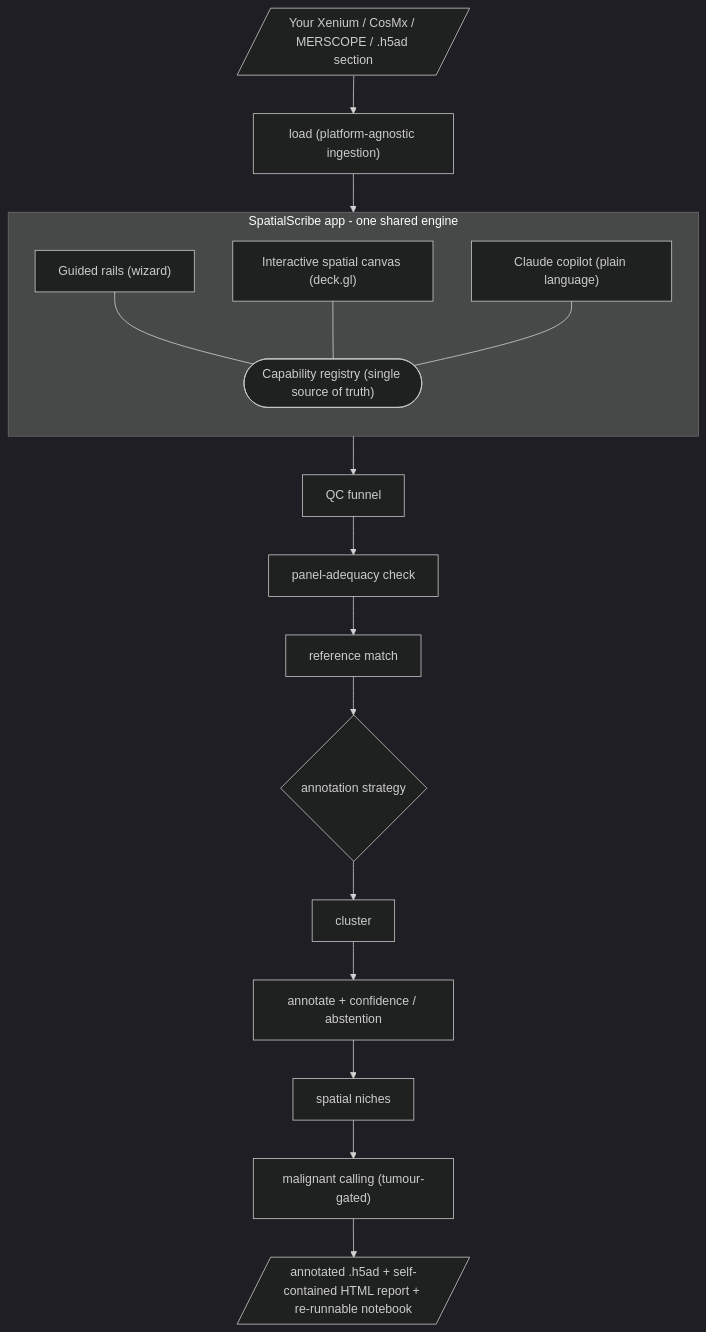
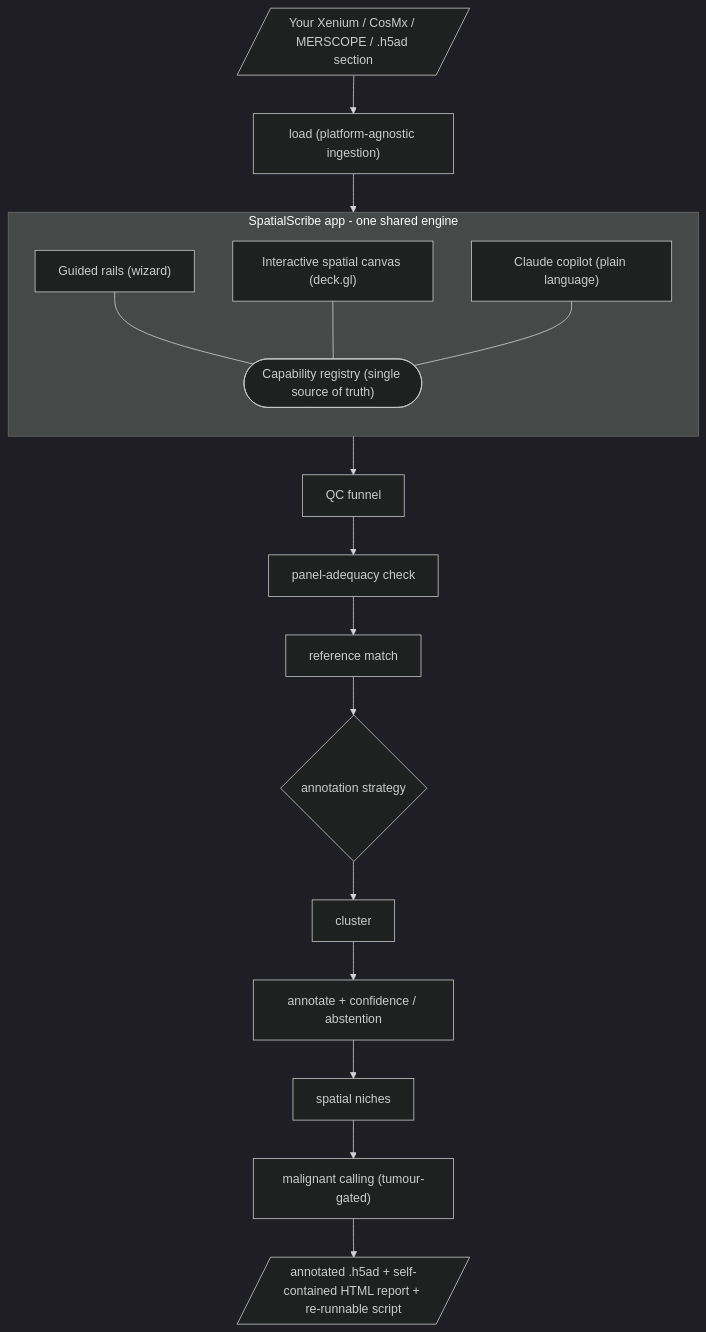
Before and after one commit to p-gueguen/spatial-scribe: the first of 2 diagrams in README.md, drawn with Mermaid (dark theme). The commit also changed other lines of this file and 19 other files, not shown here.

````diff
--- a/README.md
+++ b/README.md
@@ -104,19 +104,19 @@
 ```mermaid
 flowchart TD
     D[/"Your Xenium / CosMx / MERSCOPE / .h5ad section"/] --> LOAD["load (platform-agnostic ingestion)"]
     LOAD --> APP
 
     subgraph APP["SpatialScribe app - one shared engine"]
       direction TB
       RAILS["Guided rails (wizard)"]
       CANVAS["Interactive spatial canvas (deck.gl)"]
       COPILOT["Claude copilot (plain language)"]
       RAILS --- REG(["Capability registry (single source of truth)"])
       CANVAS --- REG
       COPILOT --- REG
     end
 
     REG --> QC["QC funnel"] --> PANEL["panel-adequacy check"] --> REFM["reference match"] --> GATE{"annotation strategy"}
     GATE --> CLUSTER["cluster"] --> ANNOT["annotate + confidence / abstention"] --> NICHE["spatial niches"] --> MAL["malignant calling (tumour-gated)"]
-    MAL --> OUT[/"annotated .h5ad + self-contained HTML report + re-runnable notebook"/]
+    MAL --> OUT[/"annotated .h5ad + self-contained HTML report + re-runnable script"/]
 ```
````
